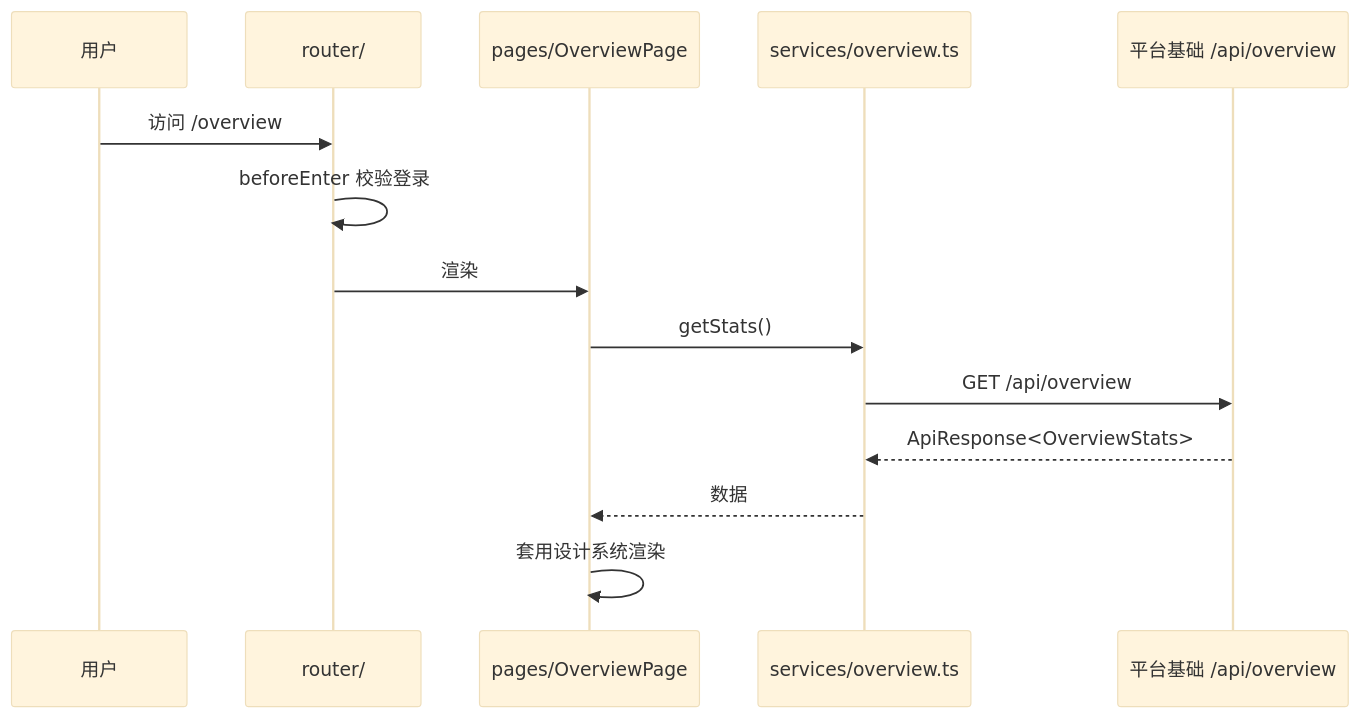
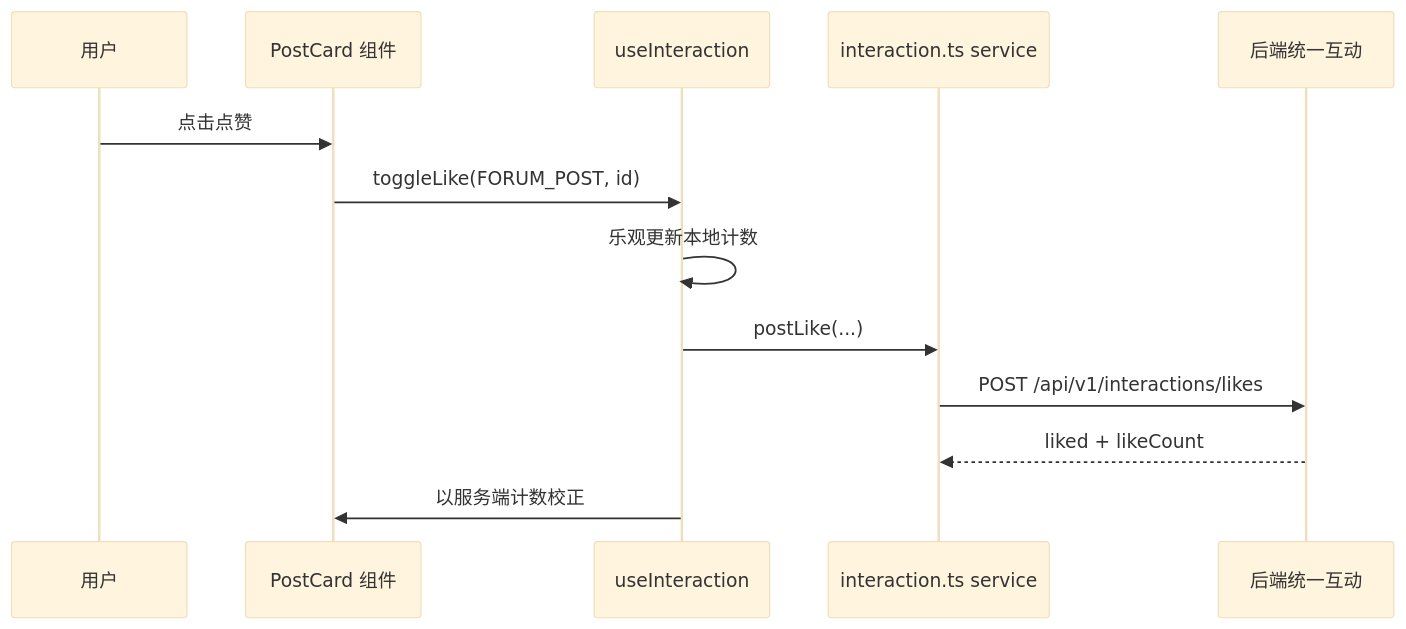
One commit to mambo-wang/CodingHub changed the second of 2 diagrams in repowiki/wiki/modules/前端应用.md. Above: the diagram before and after it, drawn with Mermaid (base theme). The commit also changed other lines of this file and 59 other files, not shown here.

````diff
--- a/repowiki/wiki/modules/前端应用.md
+++ b/repowiki/wiki/modules/前端应用.md
@@ -68,16 +117,15 @@
 ```mermaid
 sequenceDiagram
     participant U as 用户
-    participant RT as router/
-    participant PG as pages/OverviewPage
-    participant S as services/overview.ts
-    participant BE as 平台基础 /api/overview
-    U->>RT: 访问 /overview
-    RT->>RT: beforeEnter 校验登录
-    RT->>PG: 渲染
-    PG->>S: getStats()
-    S->>BE: GET /api/overview
-    BE-->>S: ApiResponse<OverviewStats>
-    S-->>PG: 数据
-    PG->>PG: 套用设计系统渲染
+    participant PC as PostCard 组件
+    participant UI as useInteraction
+    participant IS as interaction.ts service
+    participant BE as 后端统一互动
+    U->>PC: 点击点赞
+    PC->>UI: toggleLike(FORUM_POST, id)
+    UI->>UI: 乐观更新本地计数
+    UI->>IS: postLike(...)
+    IS->>BE: POST /api/v1/interactions/likes
+    BE-->>IS: liked + likeCount
+    UI->>PC: 以服务端计数校正
 ```
````
